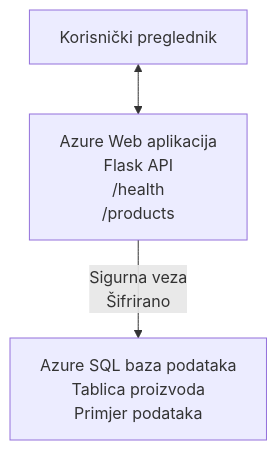
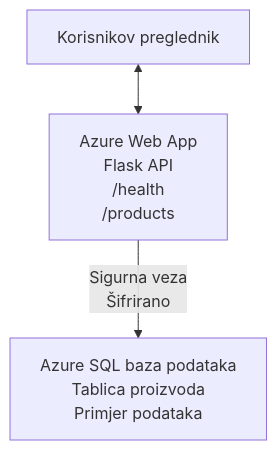
The diagram in translations/hr/examples/database-app/README.md (microsoft/AZD-for-beginners), drawn with Mermaid before and after one commit. The commit also changed other lines of this file and 104 other files, not shown here.

````diff
--- a/translations/hr/examples/database-app/README.md
+++ b/translations/hr/examples/database-app/README.md
@@ -72,5 +72,5 @@
 ```mermaid
 graph TD
-    Browser[Korisnički preglednik] <--> WebApp[Azure Web aplikacija<br/>Flask API<br/>/health<br/>/products]
+    Browser[Korisnikov preglednik] <--> WebApp[Azure Web App<br/>Flask API<br/>/health<br/>/products]
     WebApp -- Sigurna veza<br/>Šifrirano --> SQL[Azure SQL baza podataka<br/>Tablica proizvoda<br/>Primjer podataka]
 ```
````
